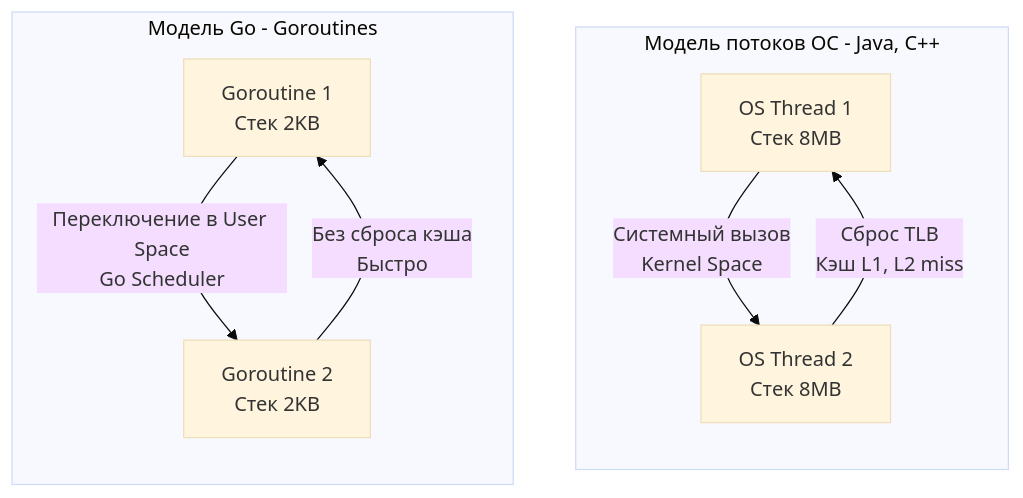
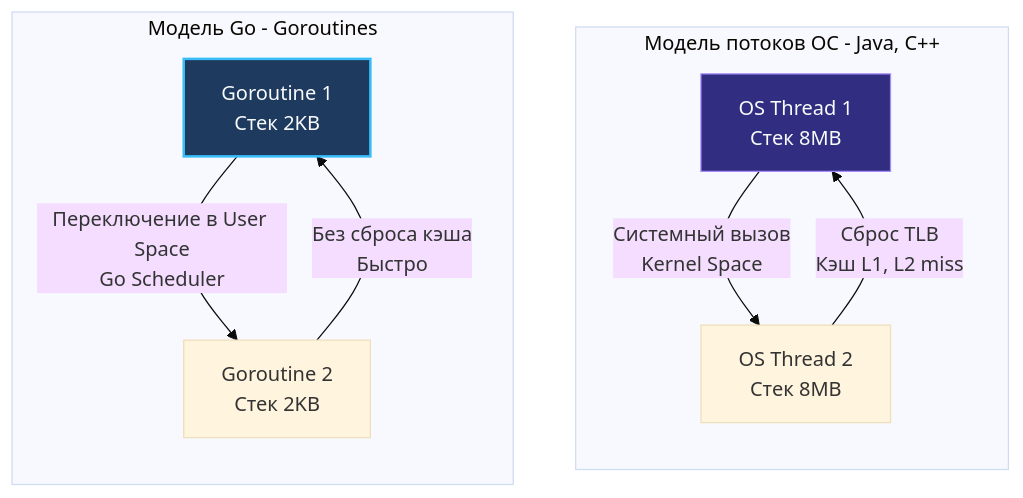
Before and after one commit to UnrealTemplier/go-textbook: the diagram in sources/4. История и философия Go/3. Какие проблемы существующих языков пытался решить Go.md, drawn with Mermaid (base theme). The commit also changed 1666 other files, not shown here.

First line of the commit message:
feat(mermaid): add semantic color classDef to 1369 colorless flowchart/graph diagrams

````diff
--- a/sources/4. История и философия Go/3. Какие проблемы существующих языков пытался решить Go.md
+++ b/sources/4. История и философия Go/3. Какие проблемы существующих языков пытался решить Go.md
@@ -67,13 +67,23 @@
 ```mermaid
 flowchart TD
+    classDef process  fill:#1e293b,stroke:#38bdf8,stroke-width:1px,color:#f8fafc
+    classDef success  fill:#064e3b,stroke:#34d399,stroke-width:1px,color:#f8fafc
+    classDef error    fill:#7f1d1d,stroke:#f87171,stroke-width:1px,color:#f8fafc
+    classDef warning  fill:#78350f,stroke:#fbbf24,stroke-width:1px,color:#f8fafc
+    classDef entry    fill:#1e3a5f,stroke:#38bdf8,stroke-width:2px,color:#f8fafc
+    classDef aux      fill:#334155,stroke:#64748b,stroke-width:1px,color:#f8fafc
+    classDef system   fill:#312e81,stroke:#a78bfa,stroke-width:1px,color:#f8fafc
+    classDef data     fill:#132d29,stroke:#2dd4bf,stroke-width:1px,color:#f8fafc
+    classDef network  fill:#881337,stroke:#fb7185,stroke-width:1px,color:#f8fafc
+    classDef accent   fill:#1e1b4b,stroke:#818cf8,stroke-width:1px,color:#f8fafc
     subgraph OS_Threads["Модель потоков ОС - Java, C++"]
         direction TB
-        T1["OS Thread 1<br>Стек 8MB"] -->|"Системный вызов<br>Kernel Space"| T2["OS Thread 2<br>Стек 8MB"]
+        T1["OS Thread 1<br>Стек 8MB"]:::system -->|"Системный вызов<br>Kernel Space"| T2["OS Thread 2<br>Стек 8MB"]
         T2 -->|"Сброс TLB<br>Кэш L1, L2 miss"| T1
     end
     subgraph Go_Runtimes["Модель Go - Goroutines"]
         direction TB
-        G1["Goroutine 1<br>Стек 2KB"] -->|"Переключение в User Space<br>Go Scheduler"| G2["Goroutine 2<br>Стек 2KB"]
+        G1["Goroutine 1<br>Стек 2KB"]:::entry -->|"Переключение в User Space<br>Go Scheduler"| G2["Goroutine 2<br>Стек 2KB"]
         G2 -->|"Без сброса кэша<br>Быстро"| G1
     end
 ```
````
